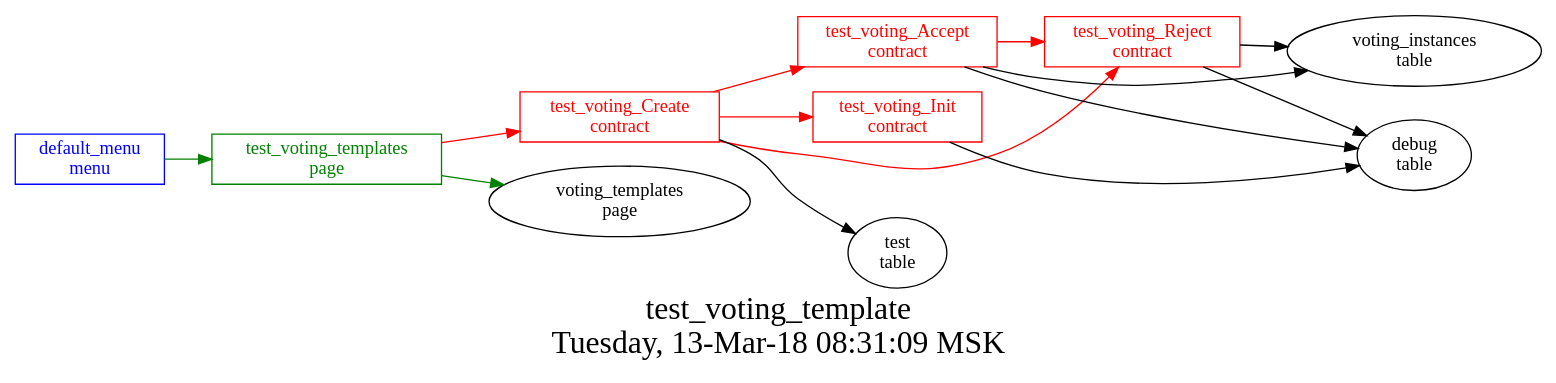
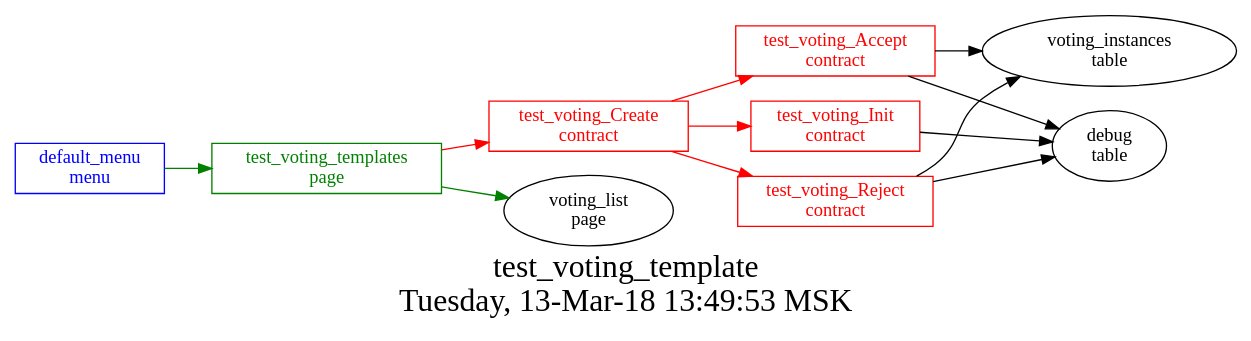
Before and after one commit to AplaProject/apps: the diagram in src/basic/basic_main/test_voting_templates/struct.dot, drawn with Graphviz. The commit also changed 6 other files, not shown here.

```diff
--- a/src/basic/basic_main/test_voting_templates/struct.dot
+++ b/src/basic/basic_main/test_voting_templates/struct.dot
@@ -1,30 +1,28 @@
 digraph G {
 graph [
   fontsize="24";
-  label="test_voting_template\nTuesday, 13-Mar-18 08:31:09 MSK";
+  label="test_voting_template\nTuesday, 13-Mar-18 13:49:53 MSK";
   nojustify=true;
   ordering=out;
   rankdir=LR;
   size="30";
 ];
 "default_menu\nmenu" -> "test_voting_templates\npage"  [ color=green ]
 "default_menu\nmenu" [color=blue, fontcolor=blue, group=menus, shape=record];
 "test_voting_templates\npage" -> "test_voting_Create\ncontract"  [ color=red ]
-"test_voting_templates\npage" -> "voting_templates\npage"  [ color=green ]
+"test_voting_templates\npage" -> "voting_list\npage"  [ color=green ]
 "test_voting_templates\npage" [color=green, fontcolor=green, group=pages, shape=record];
-"test_voting_Accept\ncontract" -> "test_voting_Reject\ncontract"  [ color=red ]
 "test_voting_Accept\ncontract" -> "voting_instances\ntable"  [ color="" ]
 "test_voting_Accept\ncontract" -> "debug\ntable"  [ color="" ]
 "test_voting_Accept\ncontract" [color=red, fontcolor=red, group=contracts, shape=record];
 "test_voting_Create\ncontract" -> "test_voting_Accept\ncontract"  [ color=red ]
 "test_voting_Create\ncontract" -> "test_voting_Init\ncontract"  [ color=red ]
 "test_voting_Create\ncontract" -> "test_voting_Reject\ncontract"  [ color=red ]
-"test_voting_Create\ncontract" -> "test\ntable"  [ color="" ]
 "test_voting_Create\ncontract" [color=red, fontcolor=red, group=contracts, shape=record];
 "test_voting_Init\ncontract" -> "debug\ntable"  [ color="" ]
 "test_voting_Init\ncontract" [color=red, fontcolor=red, group=contracts, shape=record];
 "test_voting_Reject\ncontract" -> "voting_instances\ntable"  [ color="" ]
 "test_voting_Reject\ncontract" -> "debug\ntable"  [ color="" ]
 "test_voting_Reject\ncontract" [color=red, fontcolor=red, group=contracts, shape=record];
-"test\ntable" [color="", fontcolor="", group=tables, shape=""];
+"debug\ntable" [color="", fontcolor="", group=tables, shape=""];
 }
```
